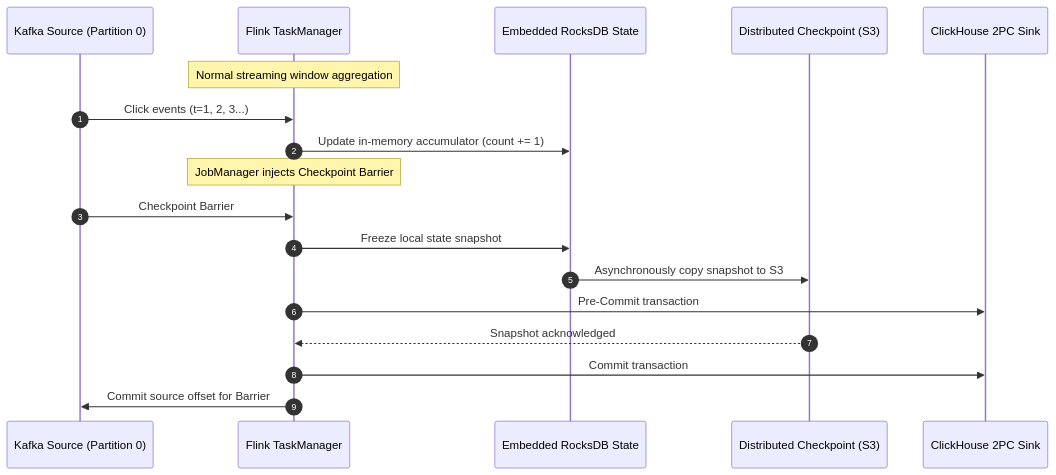
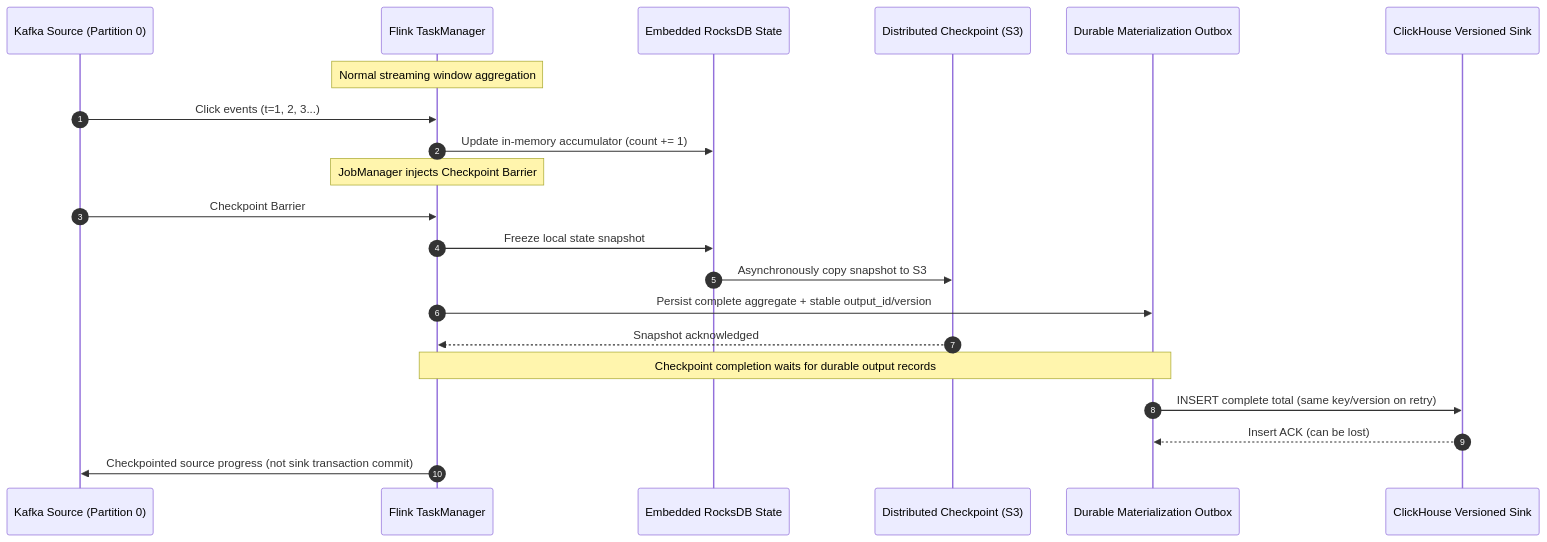
The third of 3 diagrams in 21. Ad Click Event Aggregation/README.md (abhinnaagrawal/system-design-notes), drawn with Mermaid before and after one commit. The commit also changed other lines of this file and 83 other files, not shown here.

````diff
--- a/21. Ad Click Event Aggregation/README.md
+++ b/21. Ad Click Event Aggregation/README.md
@@ -190,23 +191,26 @@
 ```mermaid
 sequenceDiagram
     autonumber
     participant Kafka as Kafka Source (Partition 0)
     participant Flink as Flink TaskManager
     participant RocksDB as Embedded RocksDB State
     participant S3 as Distributed Checkpoint (S3)
-    participant ClickHouse as ClickHouse 2PC Sink
+    participant Outbox as Durable Materialization Outbox
+    participant ClickHouse as ClickHouse Versioned Sink
 
     Note over Flink: Normal streaming window aggregation
     Kafka->>Flink: Click events (t=1, 2, 3...)
     Flink->>RocksDB: Update in-memory accumulator (count += 1)
     
     Note over Flink: JobManager injects Checkpoint Barrier #42
     Kafka->>Flink: Checkpoint Barrier #42
     Flink->>RocksDB: Freeze local state snapshot
     RocksDB->>S3: Asynchronously copy snapshot to S3
-    Flink->>ClickHouse: Pre-Commit transaction #42
+    Flink->>Outbox: Persist complete aggregate + stable output_id/version
     
     S3-->>Flink: Snapshot acknowledged
-    Flink->>ClickHouse: Commit transaction #42 (Data visible to queries!)
-    Flink->>Kafka: Commit source offset for Barrier #42
+    Note over Flink,Outbox: Checkpoint completion waits for durable output records
+    Outbox->>ClickHouse: INSERT complete total (same key/version on retry)
+    ClickHouse-->>Outbox: Insert ACK (can be lost)
+    Flink->>Kafka: Checkpointed source progress (not sink transaction commit)
 ```
````
